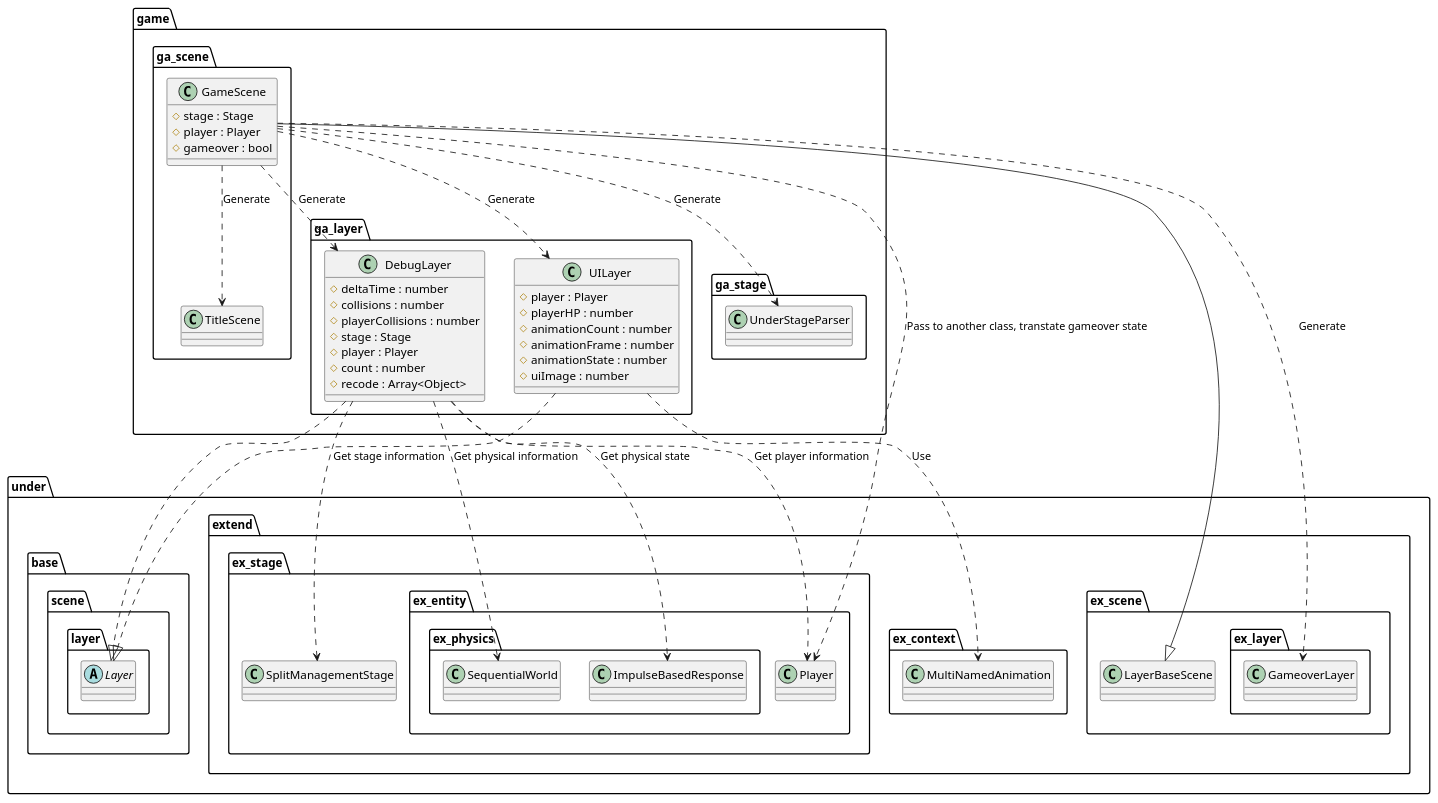
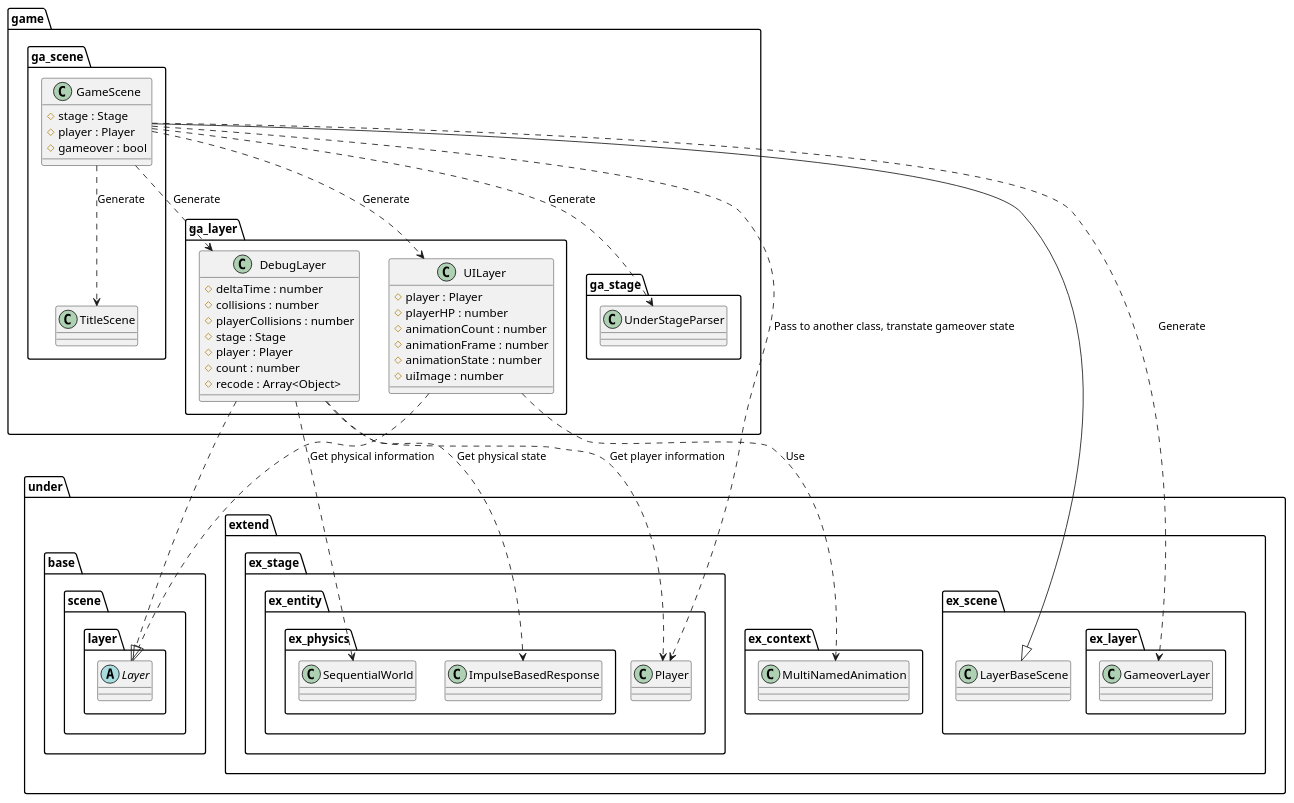
One commit to Expine/Under changed the diagram in uml/scene/Game.wsd. Above: the diagram before and after it, drawn with PlantUML. The commit also changed 28 other files, not shown here.

```diff
--- a/uml/scene/Game.wsd
+++ b/uml/scene/Game.wsd
@@ -1,91 +1,89 @@
 @startuml SceneGame
 
 package game {
     package ga_layer {
         class DebugLayer {
             #deltaTime : number
             #collisions : number
             #playerCollisions : number
             #stage : Stage
             #player : Player
             #count : number
             #recode : Array<Object>
         }
         class UILayer {
             #player : Player
             #playerHP : number
             #animationCount : number
             #animationFrame : number
             #animationState : number
             #uiImage : number
         }
     }
     package ga_scene {
         class GameScene {
             #stage : Stage
             #player : Player
             #gameover : bool
         }
     }
 }
 
 package under {
     package base {
         package scene {
             package layer {
                 abstract Layer
             }
         }
     }
 
     package extend {
         package ex_context {
             class MultiNamedAnimation
         }
         package ex_scene {
             class LayerBaseScene
             package ex_layer {
                 class GameoverLayer
             }
         }
         package ex_stage {
-            class SplitManagementStage
             package ex_entity {
                 class Player
                 package ex_physics {
                     class SequentialWorld
                     class ImpulseBasedResponse
                 }
             }
         }
     }
 }
 
 package game {
     package ga_scene {
         class TitleScene
     }
     package ga_stage {
         class UnderStageParser
     }
 }
 
 GameScene ..> UnderStageParser : Generate
 GameScene ..> DebugLayer : Generate
 GameScene ..> UILayer : Generate
 GameScene ..> GameoverLayer : Generate
 GameScene ..> Player : Pass to another class, transtate gameover state
 GameScene ..> TitleScene : Generate
 
 DebugLayer ..> Player : Get player information
 DebugLayer ..> ImpulseBasedResponse : Get physical state
-DebugLayer ..> SplitManagementStage : Get stage information
 DebugLayer ..> SequentialWorld : Get physical information
 
 UILayer ..> MultiNamedAnimation : Use
 
 GameScene --|> LayerBaseScene
 DebugLayer ..|> Layer
 UILayer ..|> Layer
 
 @enduml
```
